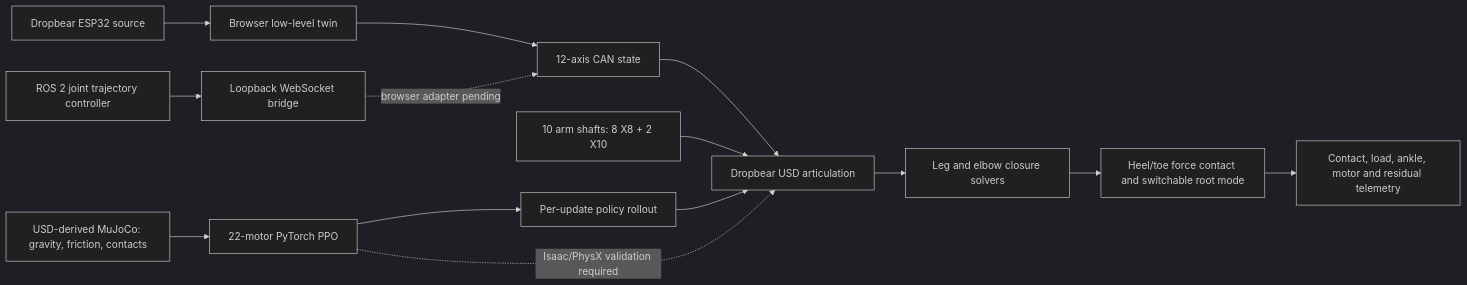
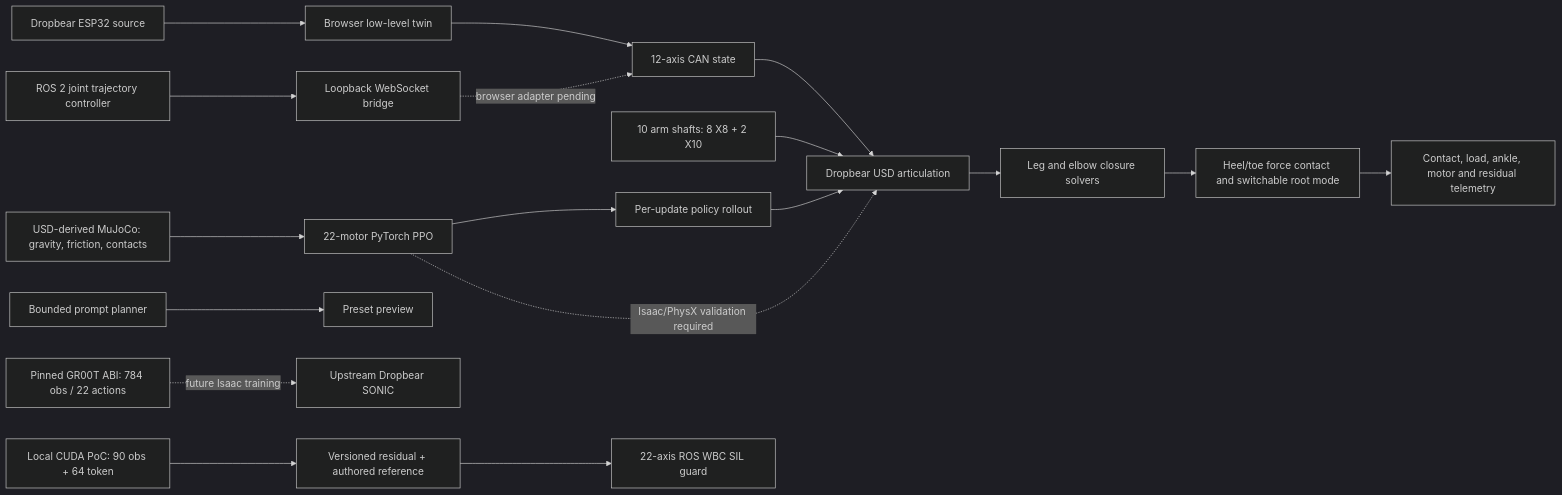
Before and after one commit to robit-man/dropbear_control: the diagram in README.md, drawn with Mermaid (dark theme). The commit also changed other lines of this file and 72 other files, not shown here.

Commit message:
Add CUDA-first Dropbear GR00T WBC integration

````diff
--- a/README.md
+++ b/README.md
@@ -86,18 +92,23 @@
 ```mermaid
 flowchart LR
     FW[Dropbear ESP32 source] --> BT[Browser low-level twin]
     BT --> CAN[12-axis CAN state]
     CAN --> USD[Dropbear USD articulation]
     ARM[10 arm shafts: 8 X8 + 2 X10] --> USD
     USD --> CLS[Leg and elbow closure solvers]
     CLS --> GND[Heel/toe force contact and switchable root mode]
     GND --> UI[Contact, load, ankle, motor and residual telemetry]
 
     ROS[ROS 2 joint trajectory controller] --> WS[Loopback WebSocket bridge]
     WS -. browser adapter pending .-> CAN
 
     MJ[USD-derived MuJoCo: gravity, friction, contacts] --> PPO[22-motor PyTorch PPO]
     PPO --> LIVE[Per-update policy rollout]
     LIVE --> USD
     PPO -. Isaac/PhysX validation required .-> USD
+
+    PROMPT[Bounded prompt planner] --> PREVIEW[Preset preview]
+    GABI[Pinned GR00T ABI: 784 obs / 22 actions] -. future Isaac training .-> SONIC[Upstream Dropbear SONIC]
+    CUDA[Local CUDA PoC: 90 obs + 64 token] --> RES[Versioned residual + authored reference]
+    RES --> WBC[22-axis ROS WBC SIL guard]
 ```
````
